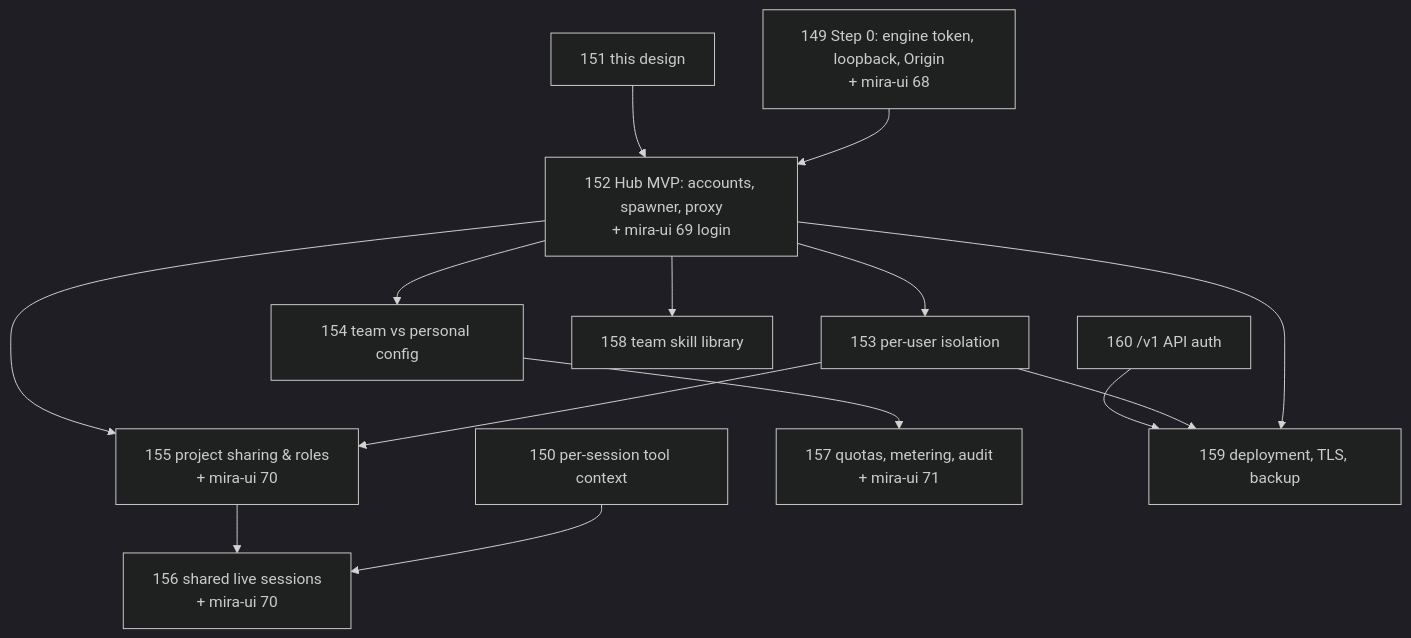
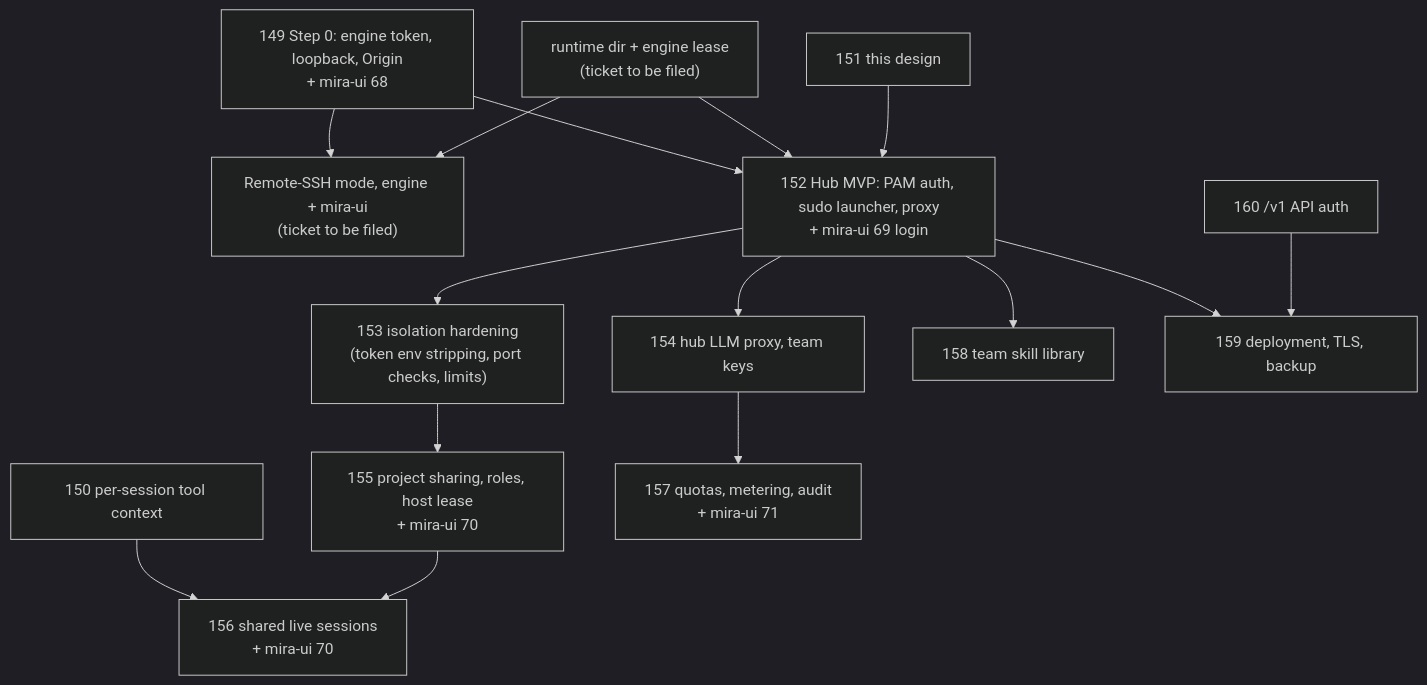
The fifth of 5 diagrams in docs/server-edition/architecture.md (MIRA-Intelligence/mira), drawn with Mermaid (dark theme) before and after one commit. The commit also changed other lines of this file, not shown here.

First line of the commit message:
docs(server): reuse existing server accounts and add access modes

````diff
--- a/docs/server-edition/architecture.md
+++ b/docs/server-edition/architecture.md
@@ -535,16 +601,16 @@
 ```mermaid
 flowchart TD
-  S0["149 Step 0: engine token, loopback, Origin<br/>+ mira-ui 68"] --> HUB
+  S0["149 Step 0: engine token, loopback, Origin<br/>+ mira-ui 68"] --> SSH & HUB
   R["150 per-session tool context"] --> LIVE
+  RT["runtime dir + engine lease<br/>(ticket to be filed)"] --> SSH & HUB
+  SSH["Remote-SSH mode, engine + mira-ui<br/>(ticket to be filed)"]
   DOC["151 this design"] --> HUB
-  HUB["152 Hub MVP: accounts, spawner, proxy<br/>+ mira-ui 69 login"] --> ISO["153 per-user isolation"]
-  HUB --> CFG["154 team vs personal config"]
+  HUB["152 Hub MVP: PAM auth, sudo launcher, proxy<br/>+ mira-ui 69 login"] --> ISO["153 isolation hardening<br/>(token env stripping, port checks, limits)"]
+  HUB --> CFG["154 hub LLM proxy, team keys"]
   HUB --> SK["158 team skill library"]
-  ISO --> SHARE["155 project sharing & roles<br/>+ mira-ui 70"]
-  HUB --> SHARE
+  ISO --> SHARE["155 project sharing, roles, host lease<br/>+ mira-ui 70"]
   SHARE --> LIVE["156 shared live sessions<br/>+ mira-ui 70"]
   CFG --> QUOTA["157 quotas, metering, audit<br/>+ mira-ui 71"]
   HUB --> DEP["159 deployment, TLS, backup"]
-  ISO --> DEP
   API["160 /v1 API auth"] --> DEP
 ```
````
